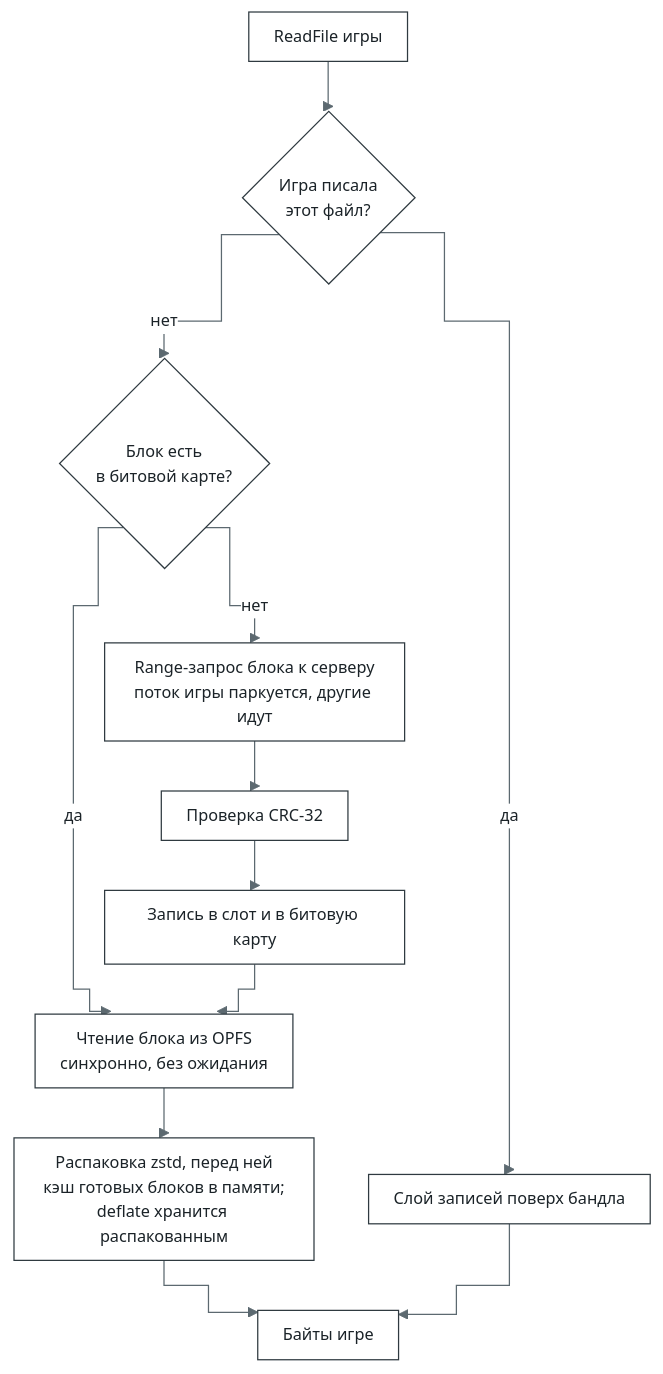
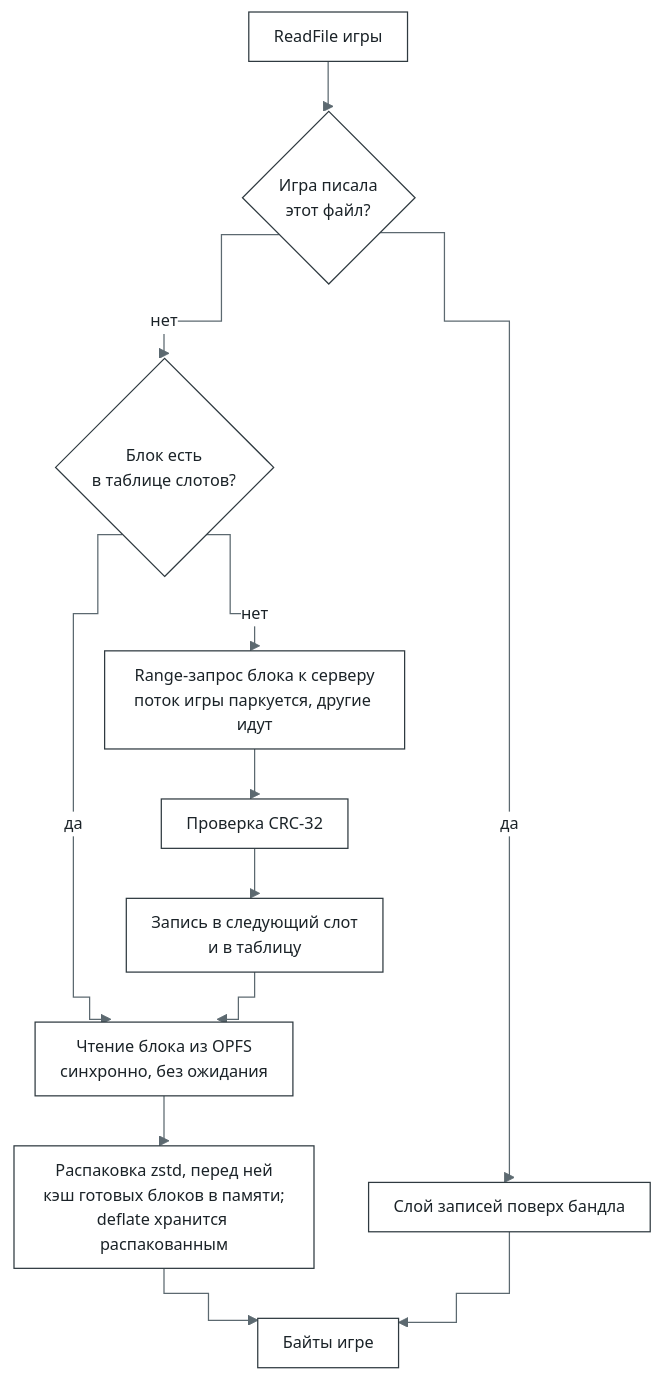
One commit to bottlify/bottlify changed the tenth of 10 diagrams in docs/architecture.ru.md. Above: the diagram before and after it, drawn with Mermaid. The commit also changed other lines of this file and 8 other files, not shown here.

````diff
--- a/docs/architecture.ru.md
+++ b/docs/architecture.ru.md
@@ -977,15 +977,15 @@
 ```mermaid
 %%{init: {"theme": "base", "flowchart": {"curve": "step", "nodeSpacing": 30, "rankSpacing": 40, "padding": 10}, "themeVariables": {"fontFamily": "Inter, Segoe UI, Helvetica, Arial, sans-serif", "fontSize": "13px", "primaryColor": "#FFFFFF", "primaryBorderColor": "#2F3A40", "primaryTextColor": "#1B2328", "lineColor": "#5C6970", "clusterBkg": "#F3F5F6", "clusterBorder": "#9AA6AC", "edgeLabelBackground": "#FFFFFF"}}}%%
 flowchart TD
   RD["ReadFile игры"] --> W{"Игра писала<br/>этот файл?"}
   W -->|"да"| OV["Слой записей поверх бандла"]
-  W -->|"нет"| BIT{"Блок есть<br/>в битовой карте?"}
+  W -->|"нет"| BIT{"Блок есть<br/>в таблице слотов?"}
   BIT -->|"да"| SL["Чтение блока из OPFS<br/>синхронно, без ожидания"]
   BIT -->|"нет"| F["Range-запрос блока к серверу<br/>поток игры паркуется, другие идут"]
   F --> CRC["Проверка CRC-32"]
-  CRC --> PUT["Запись в слот и в битовую карту"]
+  CRC --> PUT["Запись в следующий слот<br/>и в таблицу"]
   PUT --> SL
   SL --> DEC["Распаковка zstd, перед ней<br/>кэш готовых блоков в памяти;<br/>deflate хранится распакованным"]
   DEC --> OUT["Байты игре"]
   OV --> OUT
 ```
````
